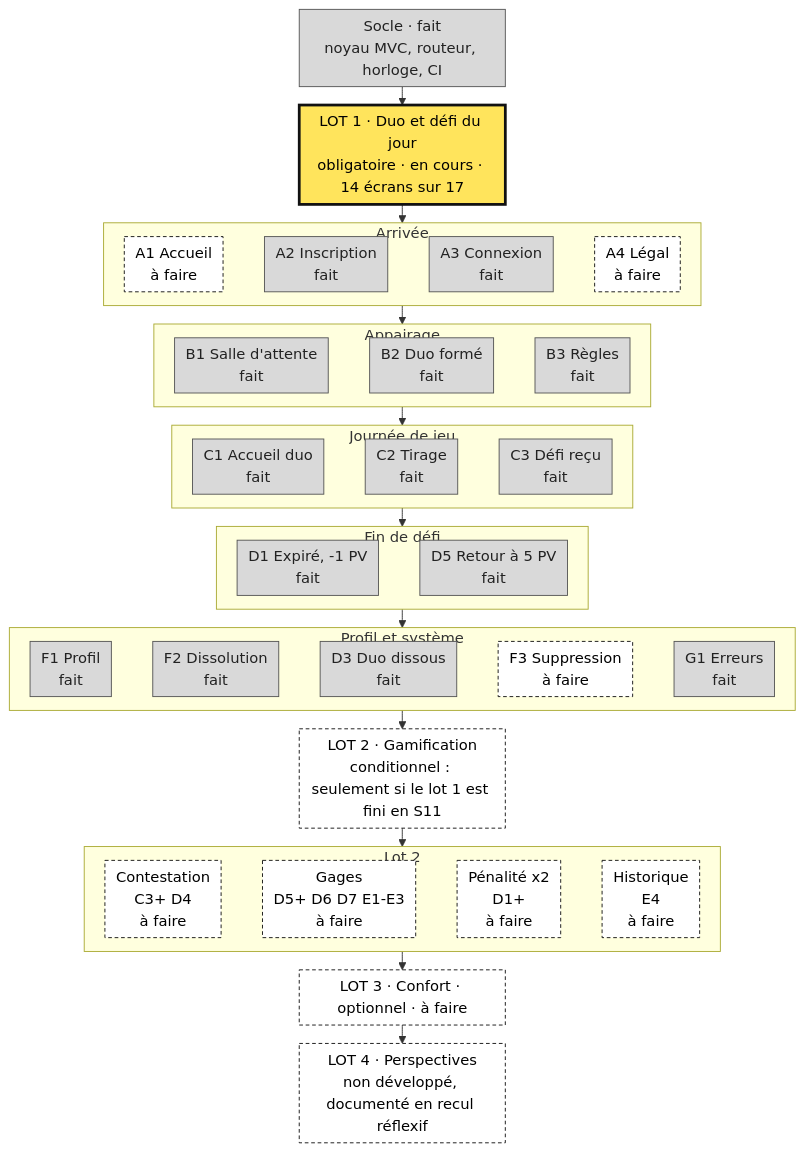
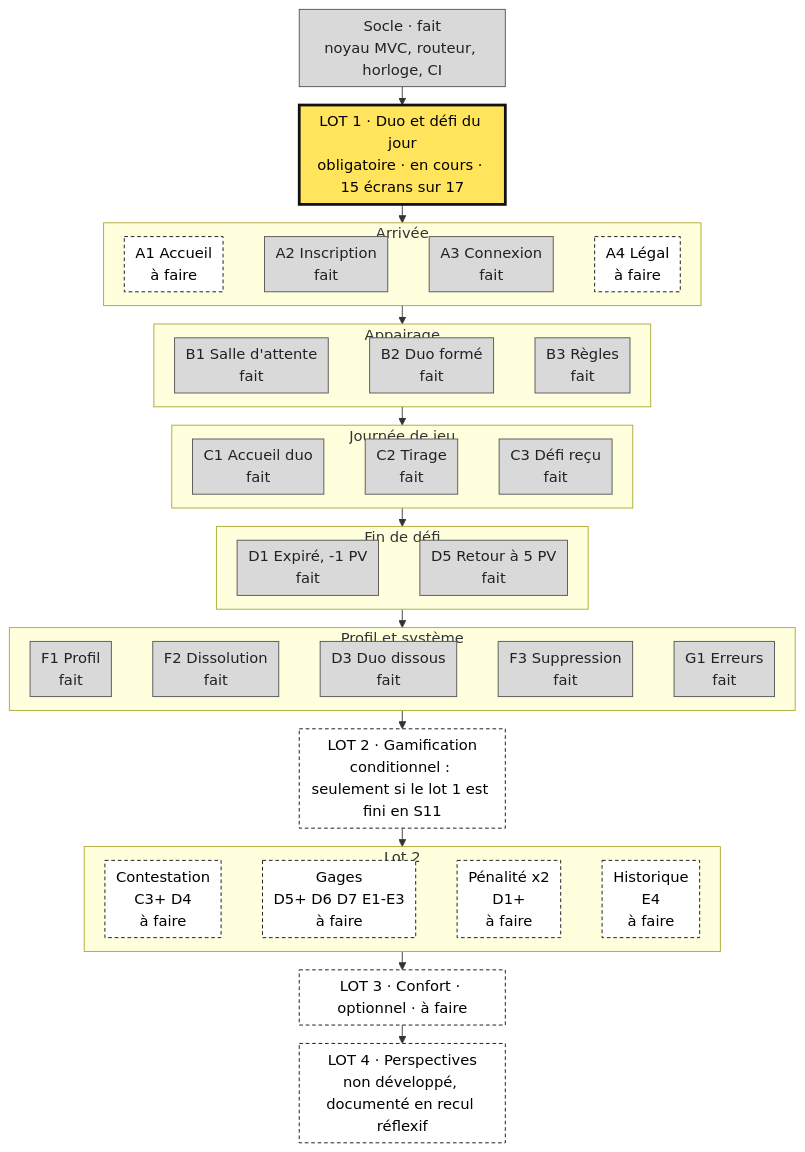
Before and after one commit to matteo-lorenzi/Quest-Love: the first of 2 diagrams in README.md, drawn with Mermaid. The commit also changed other lines of this file and 15 other files, not shown here.

````diff
--- a/README.md
+++ b/README.md
@@ -14,66 +14,66 @@
 ```mermaid
 %%{init: {"flowchart": {"nodeSpacing": 10, "rankSpacing": 20, "padding": 6, "htmlLabels": true}}}%%
 flowchart TB
   S["Socle · fait<br/>noyau MVC, routeur, horloge, CI"]:::fait
-  L1["LOT 1 · Duo et défi du jour<br/>obligatoire · en cours · 14 écrans sur 17"]:::encours
+  L1["LOT 1 · Duo et défi du jour<br/>obligatoire · en cours · 15 écrans sur 17"]:::encours
   L2["LOT 2 · Gamification<br/>conditionnel : seulement si le lot 1 est fini en S11"]:::afaire
   L3["LOT 3 · Confort · optionnel · à faire"]:::afaire
   L4["LOT 4 · Perspectives<br/>non développé, documenté en recul réflexif"]:::afaire
 
   subgraph P1["Arrivée"]
     direction LR
     A1["A1 Accueil<br/>à faire"]:::afaire
     A2["A2 Inscription<br/>fait"]:::fait
     A3["A3 Connexion<br/>fait"]:::fait
     A4["A4 Légal<br/>à faire"]:::afaire
     A1 ~~~ A2 ~~~ A3 ~~~ A4
   end
 
   subgraph P2["Appairage"]
     direction LR
     B1["B1 Salle d'attente<br/>fait"]:::fait
     B2["B2 Duo formé<br/>fait"]:::fait
     B3["B3 Règles<br/>fait"]:::fait
     B1 ~~~ B2 ~~~ B3
   end
 
   subgraph P3["Journée de jeu"]
     direction LR
     C1["C1 Accueil duo<br/>fait"]:::fait
     C2["C2 Tirage<br/>fait"]:::fait
     C3["C3 Défi reçu<br/>fait"]:::fait
     C1 ~~~ C2 ~~~ C3
   end
 
   subgraph P4["Fin de défi"]
     direction LR
     D1["D1 Expiré, -1 PV<br/>fait"]:::fait
     D5["D5 Retour à 5 PV<br/>fait"]:::fait
     D1 ~~~ D5
   end
 
   subgraph P5["Profil et système"]
     direction LR
     F1["F1 Profil<br/>fait"]:::fait
     F2["F2 Dissolution<br/>fait"]:::fait
     D3["D3 Duo dissous<br/>fait"]:::fait
-    F3["F3 Suppression<br/>à faire"]:::afaire
+    F3["F3 Suppression<br/>fait"]:::fait
     G1["G1 Erreurs<br/>fait"]:::fait
     F1 ~~~ F2 ~~~ D3 ~~~ F3 ~~~ G1
   end
 
   subgraph P6["Lot 2"]
     direction LR
     X1["Contestation<br/>C3+ D4<br/>à faire"]:::afaire
     X2["Gages<br/>D5+ D6 D7 E1-E3<br/>à faire"]:::afaire
     X3["Pénalité x2<br/>D1+<br/>à faire"]:::afaire
     X4["Historique<br/>E4<br/>à faire"]:::afaire
     X1 ~~~ X2 ~~~ X3 ~~~ X4
   end
 
   S --> L1 --> P1 --> P2 --> P3 --> P4 --> P5 --> L2 --> P6 --> L3 --> L4
 
   classDef fait fill:#d9d9d9,stroke:#555555,color:#222222
   classDef encours fill:#ffe45c,stroke:#111111,stroke-width:3px,color:#000000
   classDef afaire fill:#ffffff,stroke:#111111,stroke-dasharray:4 3,color:#000000
 ```
````
